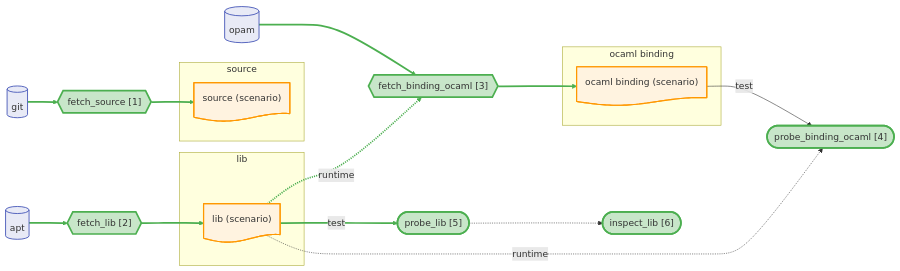
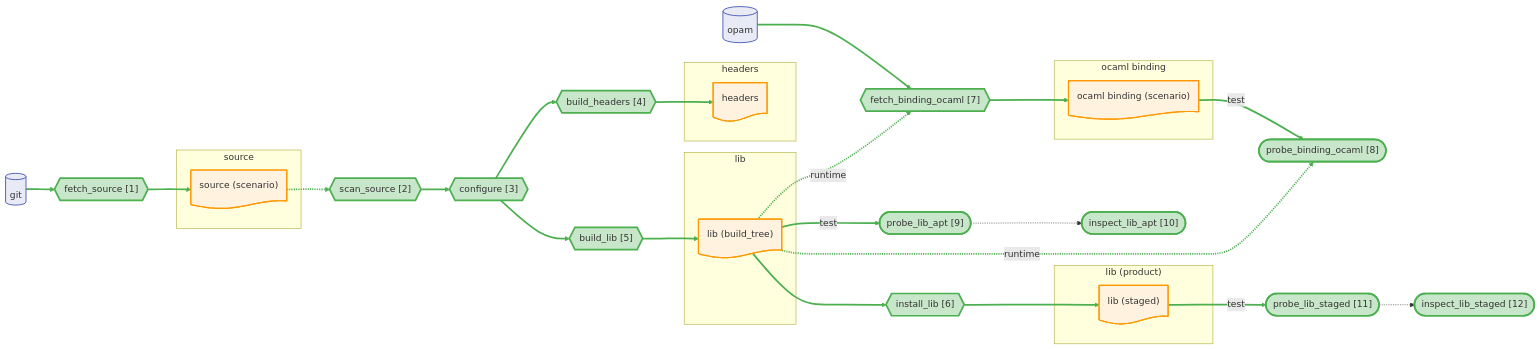
One commit to JHU-PL-Lab/tola changed the diagram in docs/canary/projects/z3/-run/diagrams/full.mmd. Above: the diagram before and after it, drawn with Mermaid. The commit also changed 231 other files, not shown here.

```diff
--- a/docs/canary/projects/z3/-run/diagrams/full.mmd
+++ b/docs/canary/projects/z3/-run/diagrams/full.mmd
@@ -1,58 +1,92 @@
 %% view: full
 graph LR
     subgraph source_sg ["source"]
       source_node@{ shape: doc, label: "source (scenario)" }
     end
-    subgraph lib_sg ["lib"]
-      lib_node@{ shape: doc, label: "lib (scenario)" }
+    subgraph headers_sg ["headers"]
+      headers_node@{ shape: doc, label: "headers" }
+    end
+    subgraph lib_input_sg ["lib"]
+      lib_build_tree_node@{ shape: doc, label: "lib (build_tree)" }
+    end
+    subgraph lib_product_sg ["lib (product)"]
+      lib_staged_node@{ shape: doc, label: "lib (staged)" }
     end
     subgraph ocaml_binding_sg ["ocaml binding"]
       ocaml_binding_node@{ shape: doc, label: "ocaml binding (scenario)" }
     end
 
-    apt_store@{ shape: cyl, label: "apt" }
     git_store@{ shape: cyl, label: "git" }
     opam_store@{ shape: cyl, label: "opam" }
 
+    A_scan_source{{"scan_source [2]"}}
+    A_configure{{"configure [3]"}}
     A_fetch_source{{"fetch_source [1]"}}
-    A_fetch_lib{{"fetch_lib [2]"}}
-    A_fetch_binding_ocaml{{"fetch_binding_ocaml [3]"}}
-    A_probe_binding_ocaml(["probe_binding_ocaml [4]"])
-    A_probe_lib(["probe_lib [5]"])
-    A_probe_lib_inspect(["inspect_lib [6]"])
+    A_fetch_binding_ocaml{{"fetch_binding_ocaml [7]"}}
+    A_build_headers{{"build_headers [4]"}}
+    A_build_lib{{"build_lib [5]"}}
+    A_install_lib{{"install_lib [6]"}}
+    A_probe_binding_ocaml(["probe_binding_ocaml [8]"])
+    A_probe_lib_apt(["probe_lib_apt [9]"])
+    A_probe_lib_apt_inspect(["inspect_lib_apt [10]"])
+    A_probe_lib_staged(["probe_lib_staged [11]"])
+    A_probe_lib_staged_inspect(["inspect_lib_staged [12]"])
 
     git_store --> A_fetch_source --> source_node
-    apt_store --> A_fetch_lib --> lib_node
-    lib_node -->|test| A_probe_lib
+    source_node -.-> A_scan_source
+    A_scan_source --> A_configure
+    A_configure --> A_build_headers
+    A_build_headers --> headers_node
+    A_configure --> A_build_lib
+    A_build_lib --> lib_build_tree_node
+    lib_build_tree_node --> A_install_lib
+    A_install_lib --> lib_staged_node
+    lib_build_tree_node -->|test| A_probe_lib_apt
+    lib_staged_node -->|test| A_probe_lib_staged
     opam_store --> A_fetch_binding_ocaml --> ocaml_binding_node
-    lib_node -.->|runtime| A_fetch_binding_ocaml
+    lib_build_tree_node -.->|runtime| A_fetch_binding_ocaml
     ocaml_binding_node -->|test| A_probe_binding_ocaml
-    lib_node -.->|runtime| A_probe_binding_ocaml
-    A_probe_lib -.-> A_probe_lib_inspect
+    lib_build_tree_node -.->|runtime| A_probe_binding_ocaml
+    A_probe_lib_apt -.-> A_probe_lib_apt_inspect
+    A_probe_lib_staged -.-> A_probe_lib_staged_inspect
 
     classDef artifact fill:#fff3e0,stroke:#ff9800,stroke-width:2px
     classDef store fill:#e8eaf6,stroke:#3f51b5,stroke-width:1.5px
     classDef st_done fill:#c8e6c9,stroke:#4caf50,stroke-width:3px
     classDef st_done_ctx fill:#e8f5e9,stroke:#a5d6a7,stroke-width:1.5px
     classDef st_expected_fail fill:#fff9c4,stroke:#f9a825,stroke-width:2px
     classDef st_failed fill:#ffcdd2,stroke:#c62828,stroke-width:2px
     classDef st_skipped fill:#f5f5f5,stroke:#9e9e9e,stroke-dasharray:5
     classDef st_nospec fill:#fafafa,stroke:#bdbdbd,stroke-dasharray:5
-    class source_node,lib_node,ocaml_binding_node artifact
-    class apt_store store
+    class source_node,headers_node,lib_build_tree_node,lib_staged_node,ocaml_binding_node artifact
     class git_store store
     class opam_store store
     class A_fetch_source st_done
-    class A_fetch_lib st_done
+    class A_scan_source st_done
+    class A_configure st_done
+    class A_build_headers st_done
+    class A_build_lib st_done
+    class A_install_lib st_done
     class A_fetch_binding_ocaml st_done
     class A_probe_binding_ocaml st_done
-    class A_probe_lib st_done
-    class A_probe_lib_inspect st_done
+    class A_probe_lib_apt st_done
+    class A_probe_lib_apt_inspect st_done
+    class A_probe_lib_staged st_done
+    class A_probe_lib_staged_inspect st_done
     linkStyle 0 stroke:#4caf50,stroke-width:3px
     linkStyle 1 stroke:#4caf50,stroke-width:3px
     linkStyle 2 stroke:#4caf50,stroke-width:3px
     linkStyle 3 stroke:#4caf50,stroke-width:3px
     linkStyle 4 stroke:#4caf50,stroke-width:3px
     linkStyle 5 stroke:#4caf50,stroke-width:3px
     linkStyle 6 stroke:#4caf50,stroke-width:3px
     linkStyle 7 stroke:#4caf50,stroke-width:3px
+    linkStyle 8 stroke:#4caf50,stroke-width:3px
+    linkStyle 9 stroke:#4caf50,stroke-width:3px
+    linkStyle 10 stroke:#4caf50,stroke-width:3px
+    linkStyle 11 stroke:#4caf50,stroke-width:3px
+    linkStyle 12 stroke:#4caf50,stroke-width:3px
+    linkStyle 13 stroke:#4caf50,stroke-width:3px
+    linkStyle 14 stroke:#4caf50,stroke-width:3px
+    linkStyle 15 stroke:#4caf50,stroke-width:3px
+    linkStyle 16 stroke:#4caf50,stroke-width:3px
```
